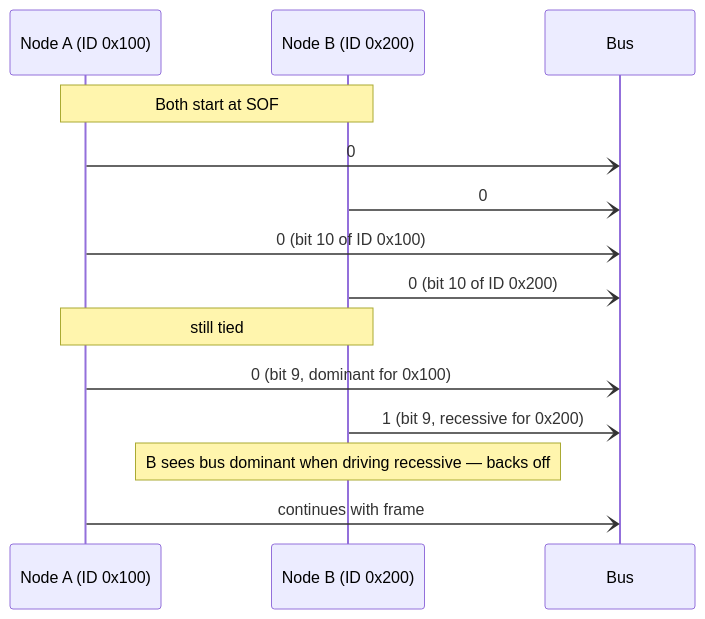
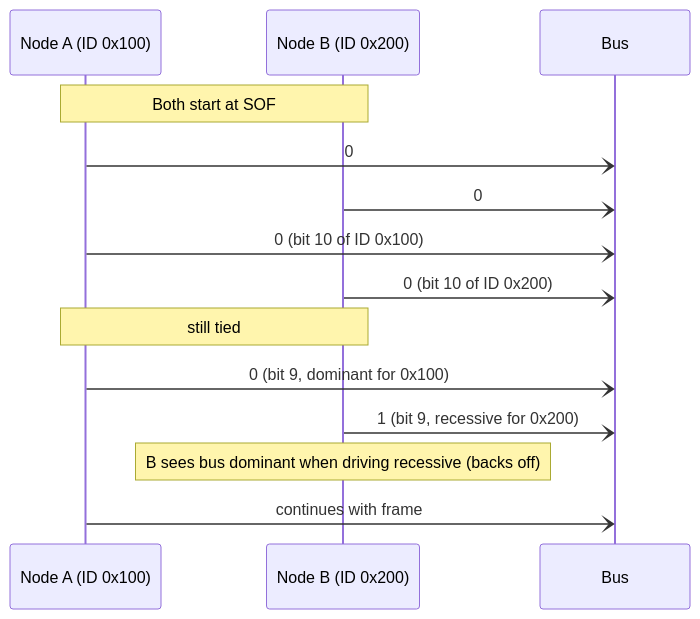
One commit to songbangyan/Serial-Studio changed the second of 2 diagrams in doc/help/Drivers-CAN-Bus.md. Above: the diagram before and after it, drawn with Mermaid. The commit also changed other lines of this file and 27 other files, not shown here.

````diff
--- a/doc/help/Drivers-CAN-Bus.md
+++ b/doc/help/Drivers-CAN-Bus.md
@@ -49,17 +49,17 @@
 ```mermaid
 sequenceDiagram
     participant A as Node A (ID 0x100)
     participant B as Node B (ID 0x200)
     participant Bus as Bus
 
     Note over A,B: Both start at SOF
     A-)Bus: 0
     B-)Bus: 0
     A-)Bus: 0 (bit 10 of ID 0x100)
     B-)Bus: 0 (bit 10 of ID 0x200)
     Note over A,B: still tied
     A-)Bus: 0 (bit 9, dominant for 0x100)
     B-)Bus: 1 (bit 9, recessive for 0x200)
-    Note over B: B sees bus dominant when driving recessive — backs off
+    Note over B: B sees bus dominant when driving recessive (backs off)
     A-)Bus: continues with frame
 ```
````
